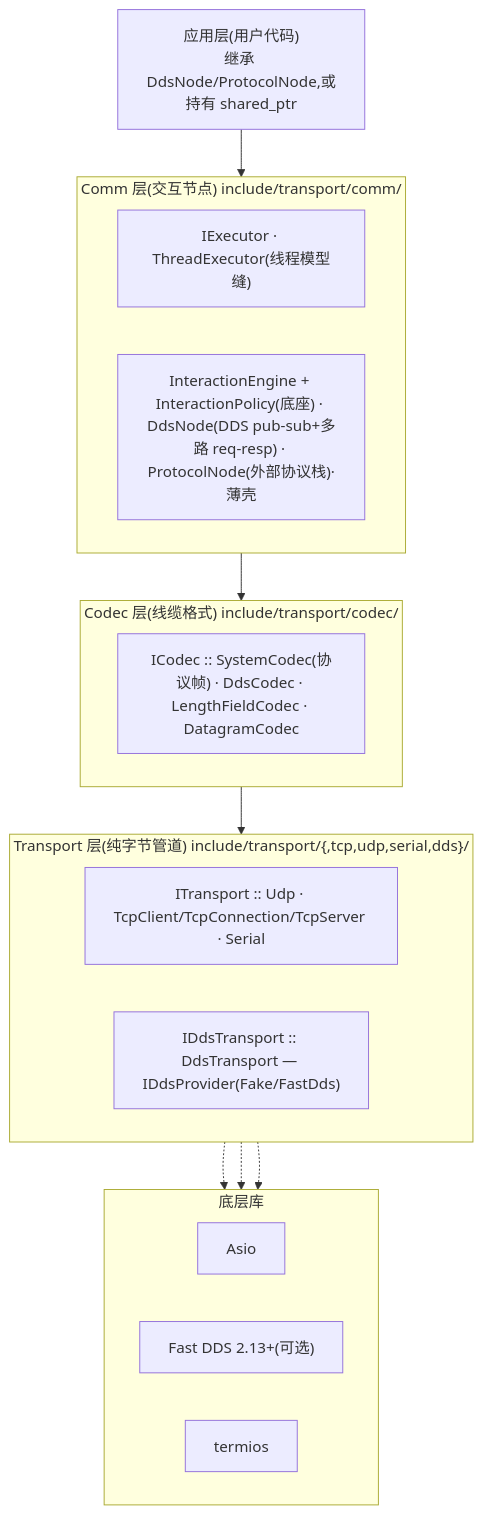
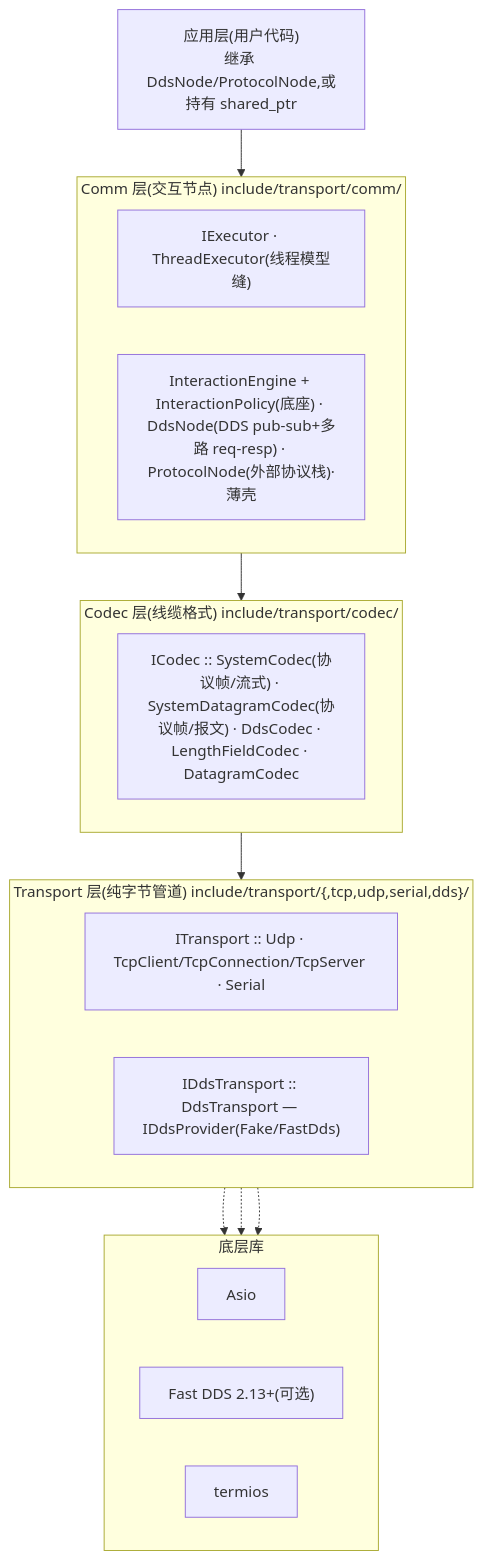
The first of 3 diagrams in docs/设计说明书.md (Ste7an-cs/Transport), drawn with Mermaid before and after one commit. The commit also changed other lines of this file and 5 other files, not shown here.

Commit message:
docs+example: 同步 SRS/SDD/README/CHANGELOG 至外部协议 UDP 1:多(SystemDatagramCodec/reply_to_source/per-send Endpoint)+ 新增 protocol_udp_demo

````diff
--- a/docs/设计说明书.md
+++ b/docs/设计说明书.md
@@ -21,24 +21,24 @@
 ```mermaid
 flowchart TB
   App["应用层(用户代码)<br/>继承 DdsNode/ProtocolNode,或持有 shared_ptr<ITransport>"]
   subgraph L3["Comm 层(交互节点) include/transport/comm/"]
     direction LR
     E["IExecutor · ThreadExecutor(线程模型缝)"]
     N["InteractionEngine + InteractionPolicy(底座) · DdsNode(DDS pub-sub+多路 req-resp) · ProtocolNode(外部协议栈)·薄壳"]
   end
   subgraph L2["Codec 层(线缆格式) include/transport/codec/"]
     direction LR
-    C["ICodec :: SystemCodec(协议帧) · DdsCodec · LengthFieldCodec · DatagramCodec"]
+    C["ICodec :: SystemCodec(协议帧/流式) · SystemDatagramCodec(协议帧/报文) · DdsCodec · LengthFieldCodec · DatagramCodec"]
   end
   subgraph L1["Transport 层(纯字节管道) include/transport/{,tcp,udp,serial,dds}/"]
     direction LR
     T["ITransport :: Udp · TcpClient/TcpConnection/TcpServer · Serial"]
     D["IDdsTransport :: DdsTransport — IDdsProvider(Fake/FastDds)"]
   end
   subgraph Libs["底层库"]
     direction LR
     asio["Asio"]; fastdds["Fast DDS 2.13+(可选)"]; termios["termios"]
   end
   App --> L3 --> L2 --> L1
   T -.-> asio; D -.-> fastdds; T -.-> termios
 ```
````
